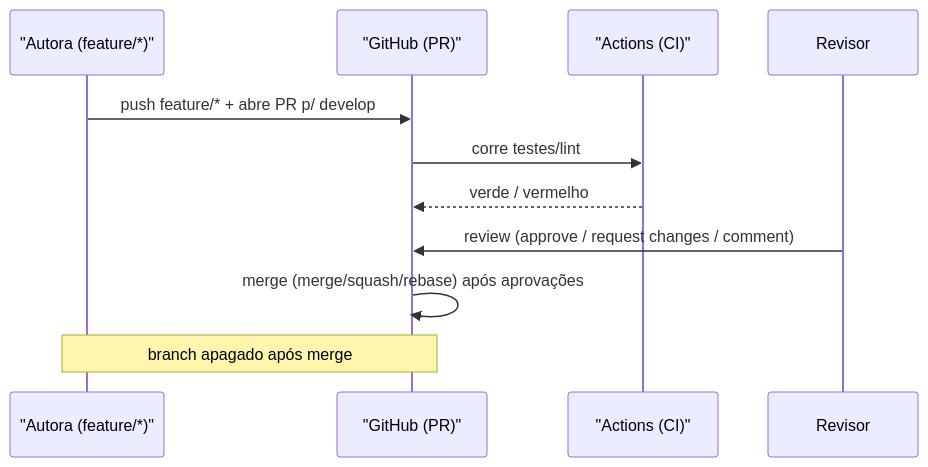
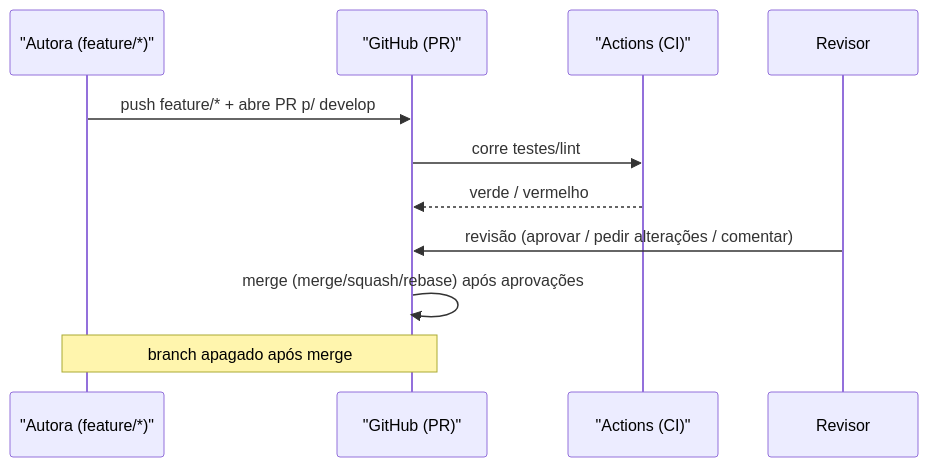
Before and after one commit to BerniloBernardo-boot/Git-e-GitHub: the first of 2 diagrams in 06-Pull-Requests-e-Code-Review/01-pull-requests-e-code-review.md, drawn with Mermaid. The commit also changed other lines of this file and 13 other files, not shown here.

Commit message:
docs: traduz elementos explicativos dos diagramas para PT-PT

````diff
--- a/06-Pull-Requests-e-Code-Review/01-pull-requests-e-code-review.md
+++ b/06-Pull-Requests-e-Code-Review/01-pull-requests-e-code-review.md
@@ -12,13 +12,13 @@
 ```mermaid
 sequenceDiagram
     participant A as "Autora (feature/*)"
     participant GH as "GitHub (PR)"
     participant CI as "Actions (CI)"
     participant R as Revisor
     A->>GH: push feature/* + abre PR p/ develop
     GH->>CI: corre testes/lint
     CI-->>GH: verde / vermelho
-    R->>GH: review (approve / request changes / comment)
+    R->>GH: revisão (aprovar / pedir alterações / comentar)
     GH->>GH: merge (merge/squash/rebase) após aprovações
     Note over A,GH: branch apagado após merge
 ```
````
